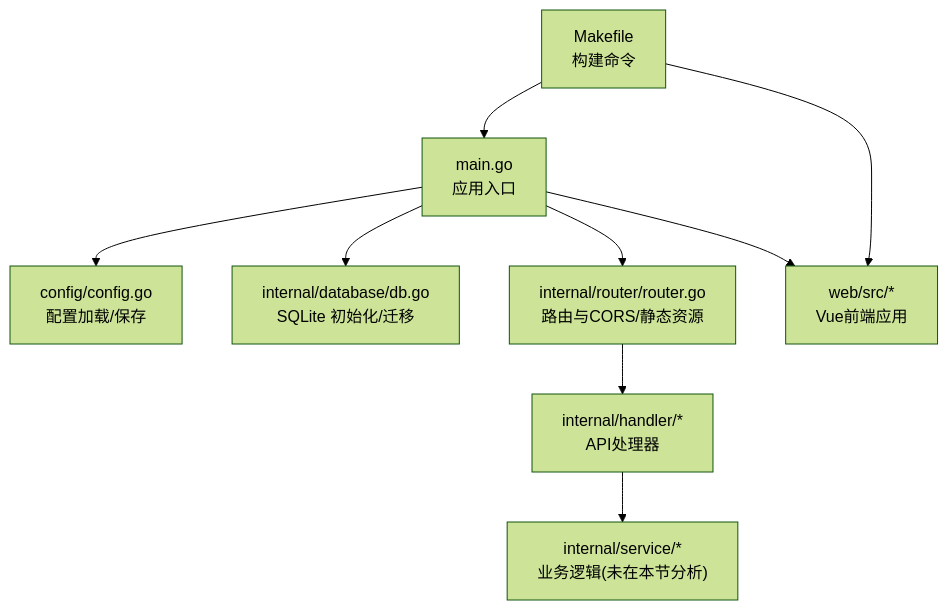
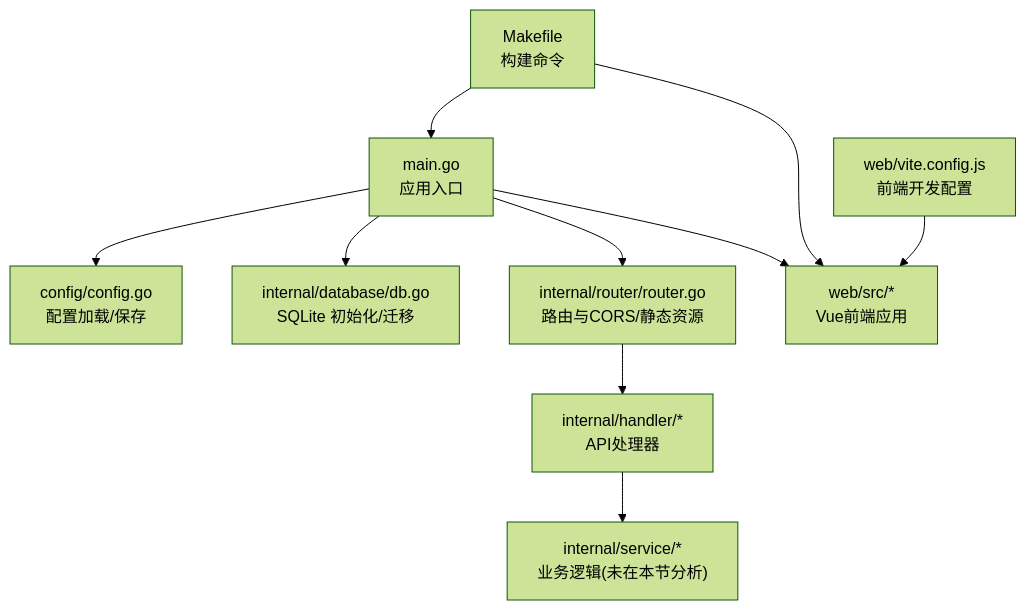
One commit to Liyuhao02/Jmeter-Admin changed the first of 9 diagrams in .qoder/repowiki/zh/content/开发指南.md. Above: the diagram before and after it, drawn with Mermaid (forest theme). The commit also changed other lines of this file and 44 other files, not shown here.

````diff
--- a/.qoder/repowiki/zh/content/开发指南.md
+++ b/.qoder/repowiki/zh/content/开发指南.md
@@ -50,11 +61,12 @@
 ```mermaid
 graph TB
 A["main.go<br/>应用入口"] --> B["config/config.go<br/>配置加载/保存"]
 A --> C["internal/database/db.go<br/>SQLite 初始化/迁移"]
 A --> D["internal/router/router.go<br/>路由与CORS/静态资源"]
 D --> E["internal/handler/*<br/>API处理器"]
 E --> F["internal/service/*<br/>业务逻辑(未在本节分析)"]
 A --> G["web/src/*<br/>Vue前端应用"]
 H["Makefile<br/>构建命令"] --> A
 H --> G
+I["web/vite.config.js<br/>前端开发配置"] --> G
 ```
````
